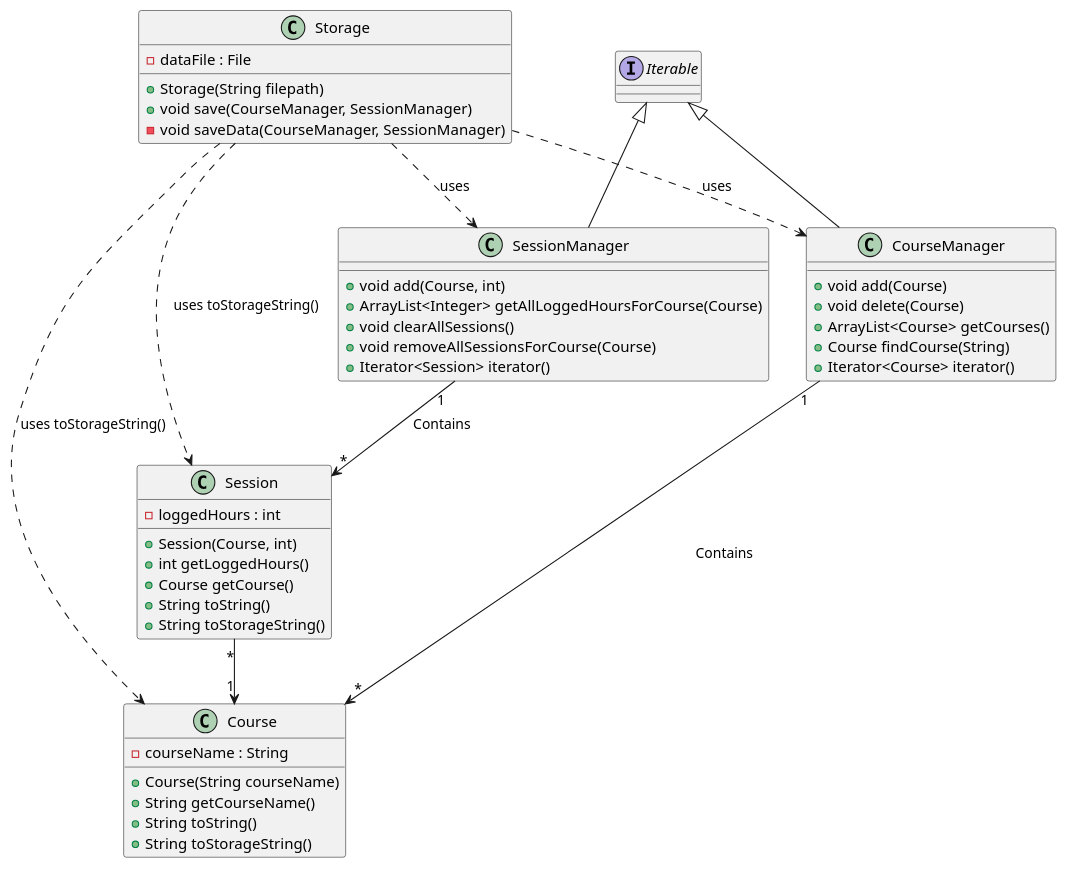
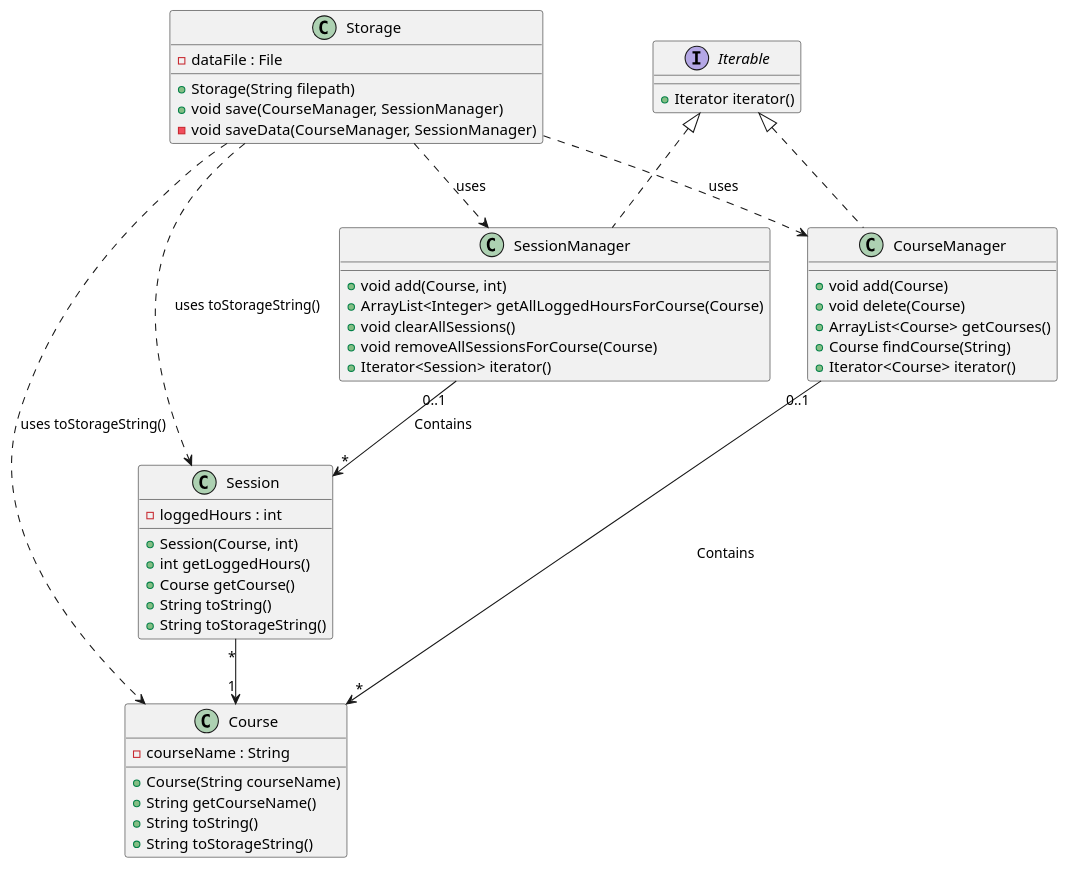
Before and after one commit to t-kandasami/tp: the diagram in docs/diagrams/StorageClassDiagram.puml, drawn with PlantUML. The commit also changed 1 other file, not shown here.

Commit message:
docs: correct storage class diagram Iterable interface

```diff
--- a/docs/diagrams/StorageClassDiagram.puml
+++ b/docs/diagrams/StorageClassDiagram.puml
@@ -1,58 +1,60 @@
 @startuml
 
 class Storage {
     - dataFile : File
     + Storage(String filepath)
     + void save(CourseManager, SessionManager)
     - void saveData(CourseManager, SessionManager)
 }
 
 class Course {
     - courseName : String
     + Course(String courseName)
     + String getCourseName()
     + String toString()
     + String toStorageString()
 }
 
 class Session {
     - loggedHours : int
     + Session(Course, int)
     + int getLoggedHours()
     + Course getCourse()
     + String toString()
     + String toStorageString()
 }
 
 class CourseManager {
     + void add(Course)
     + void delete(Course)
     + ArrayList<Course> getCourses()
     + Course findCourse(String)
     + Iterator<Course> iterator()
 }
 
 class SessionManager {
     + void add(Course, int)
     + ArrayList<Integer> getAllLoggedHoursForCourse(Course)
     + void clearAllSessions()
     + void removeAllSessionsForCourse(Course)
     + Iterator<Session> iterator()
 }
 
 
 Storage ..> CourseManager : uses
 Storage ..> SessionManager : uses
 Storage ..> Course : uses toStorageString()
 Storage ..> Session : uses toStorageString()
 
-interface Iterable
-Iterable<|-- CourseManager
-Iterable <|-- SessionManager
+interface Iterable {
+    + Iterator iterator()
+}
+Iterable<|.. CourseManager
+Iterable <|.. SessionManager
 
-CourseManager "1" --> "*" Course : Contains
-SessionManager "1" --> "*" Session : Contains
+CourseManager "0..1" --> "*" Course : Contains
+SessionManager "0..1" --> "*" Session : Contains
 
 Session "*"-->"1" Course
 
 @enduml
```
